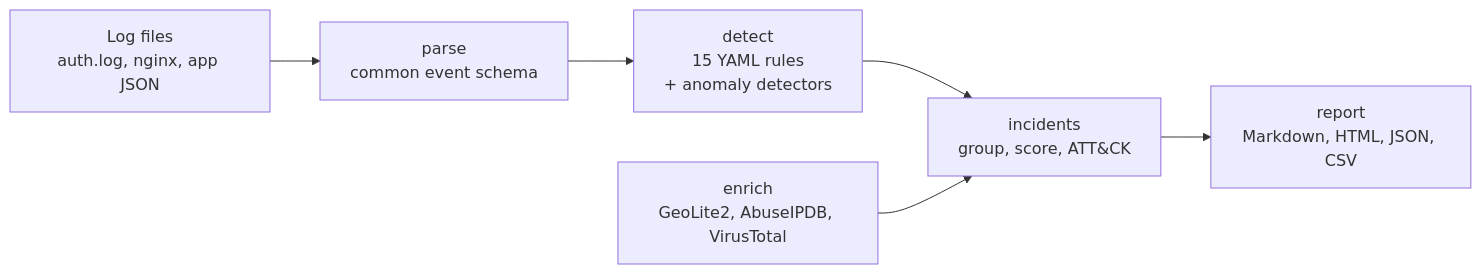
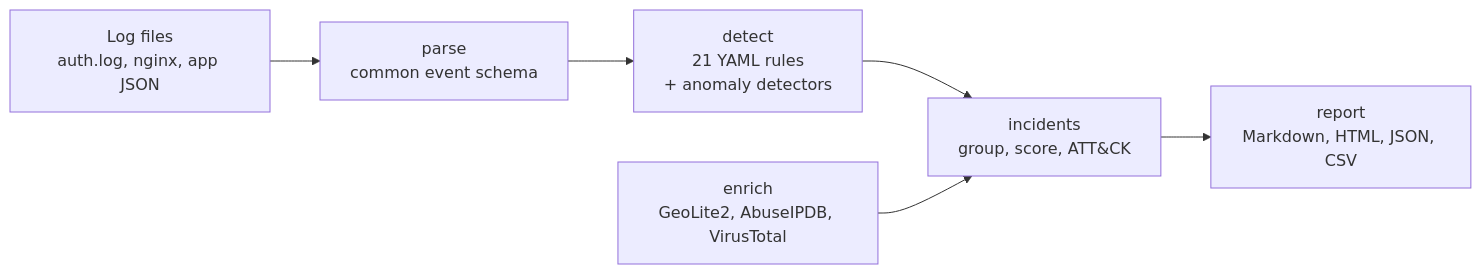
Before and after one commit to UtshaBasak/Prohori: the first of 2 diagrams in README.md, drawn with Mermaid. The commit also changed other lines of this file and 7 other files, not shown here.

````diff
--- a/README.md
+++ b/README.md
@@ -92,8 +92,8 @@
 ```mermaid
 flowchart LR
     A[Log files<br>auth.log, nginx, app JSON] --> B[parse<br>common event schema]
-    B --> C[detect<br>15 YAML rules<br>+ anomaly detectors]
+    B --> C[detect<br>21 YAML rules<br>+ anomaly detectors]
     C --> D[incidents<br>group, score, ATT&CK]
     E[enrich<br>GeoLite2, AbuseIPDB, VirusTotal] --> D
     D --> F[report<br>Markdown, HTML, JSON, CSV]
 ```
````
